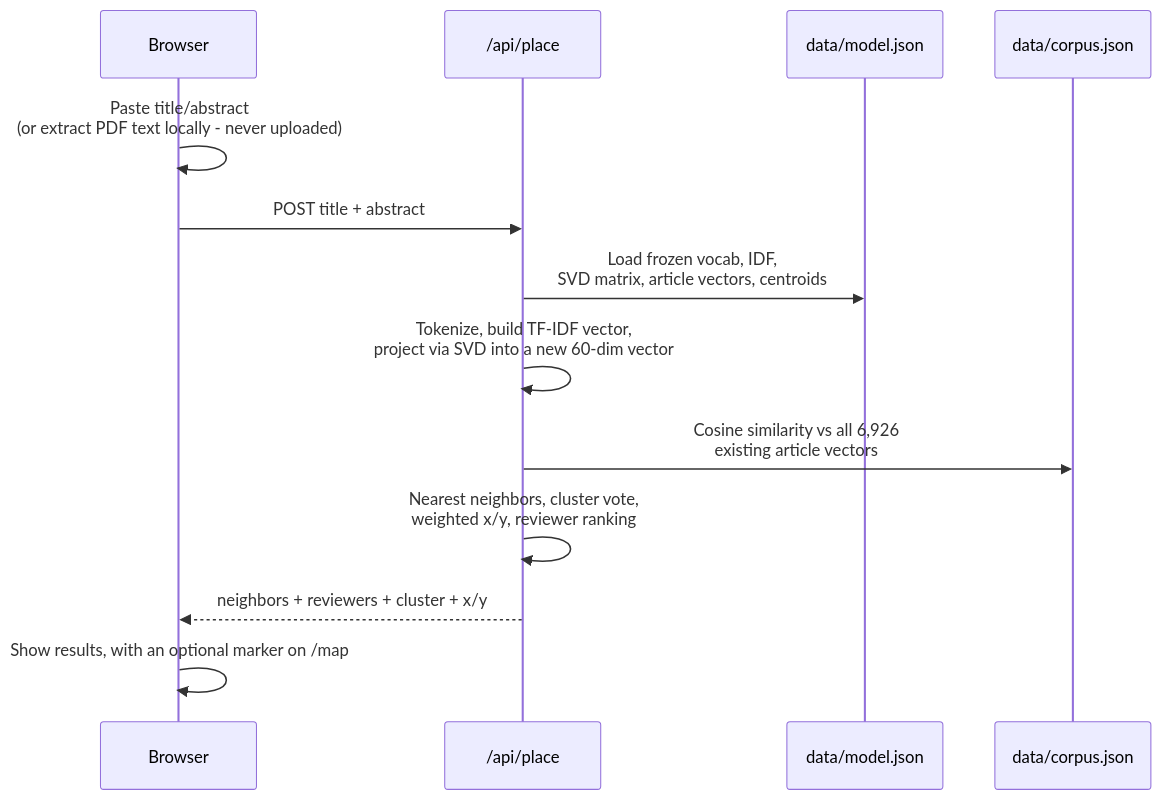
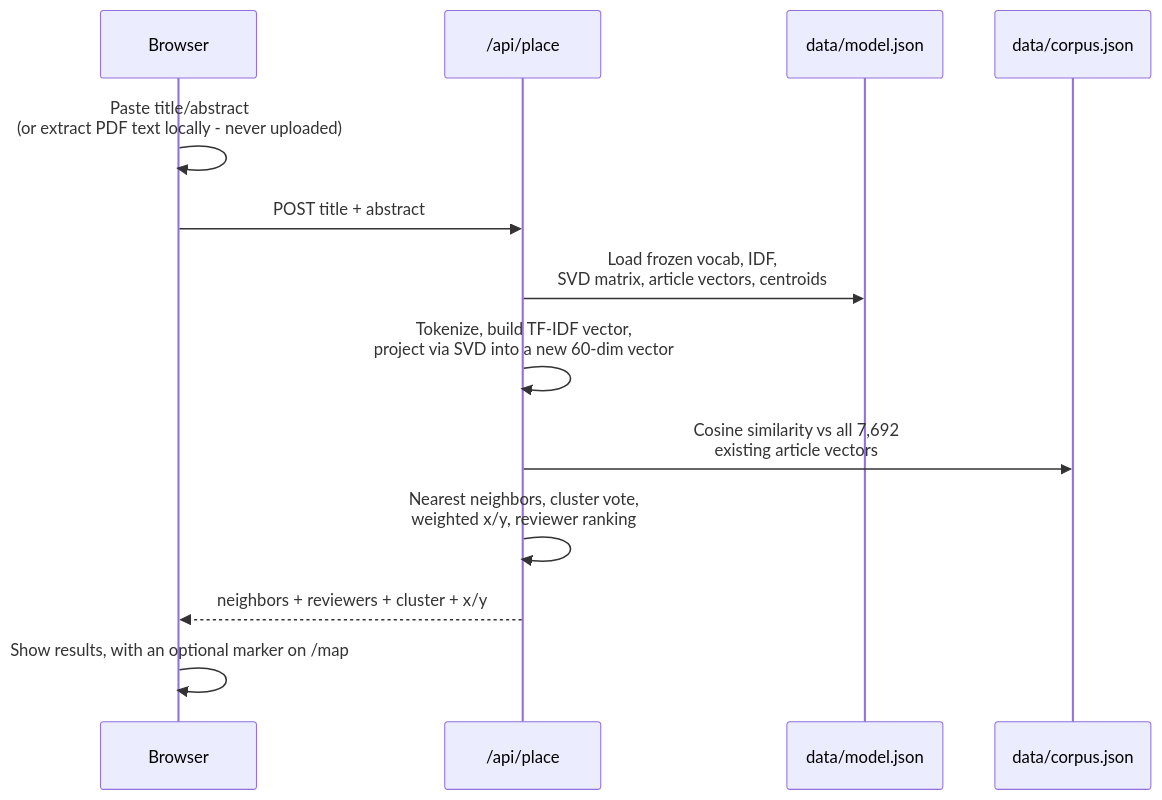
Before and after one commit to david-j-cox/published-landscape: the second of 2 diagrams in README.md, drawn with Mermaid. The commit also changed other lines of this file and 7 other files, not shown here.

````diff
--- a/README.md
+++ b/README.md
@@ -88,16 +88,16 @@
 ```mermaid
 sequenceDiagram
     participant U as Browser
     participant API as /api/place
     participant M as data/model.json
     participant C as data/corpus.json
 
     U->>U: Paste title/abstract<br/>(or extract PDF text locally - never uploaded)
     U->>API: POST title + abstract
     API->>M: Load frozen vocab, IDF,<br/>SVD matrix, article vectors, centroids
     API->>API: Tokenize, build TF-IDF vector,<br/>project via SVD into a new 60-dim vector
-    API->>C: Cosine similarity vs all 6,926<br/>existing article vectors
+    API->>C: Cosine similarity vs all 7,692<br/>existing article vectors
     API->>API: Nearest neighbors, cluster vote,<br/>weighted x/y, reviewer ranking
     API-->>U: neighbors + reviewers + cluster + x/y
     U->>U: Show results, with an optional marker on /map
 ```
````
